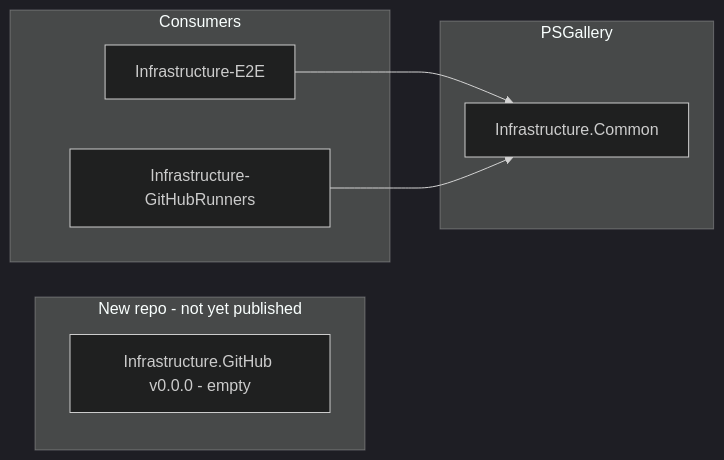
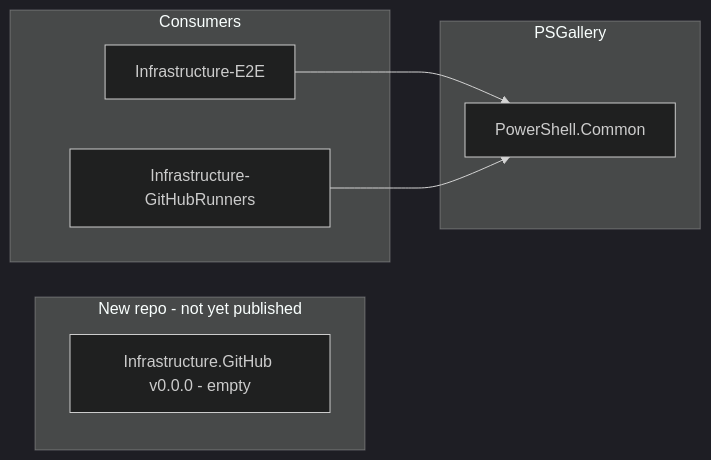
One commit to Klark-Morrigan/Common-PowerShell changed the first of 5 diagrams in docs/dev/implementation/-4 - extract Infrastructure.GitHub/plan.md. Above: the diagram before and after it, drawn with Mermaid (dark theme). The commit also changed other lines of this file and 57 other files, not shown here.

Commit message:
chore: rename repo to PowerShell-Common

````diff
--- a/docs/dev/implementation/-4 - extract Infrastructure.GitHub/plan.md
+++ b/docs/dev/implementation/-4 - extract Infrastructure.GitHub/plan.md
@@ -120,15 +120,15 @@
 ```mermaid
 graph LR
   subgraph PSGallery
-    Common[Infrastructure.Common]
+    Common[PowerShell.Common]
   end
   subgraph New repo - not yet published
     GitHub[Infrastructure.GitHub v0.0.0 - empty]
   end
   subgraph Consumers
     E2E[Infrastructure-E2E]
     Runners[Infrastructure-GitHubRunners]
   end
   E2E --> Common
   Runners --> Common
 ```
````
